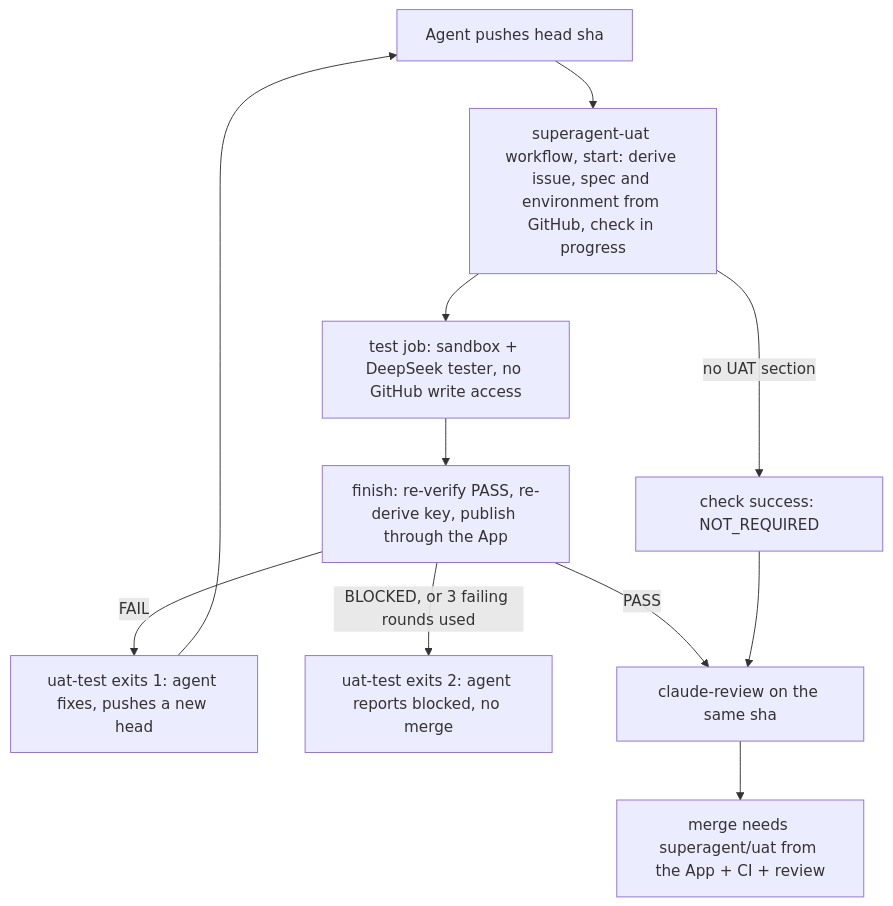
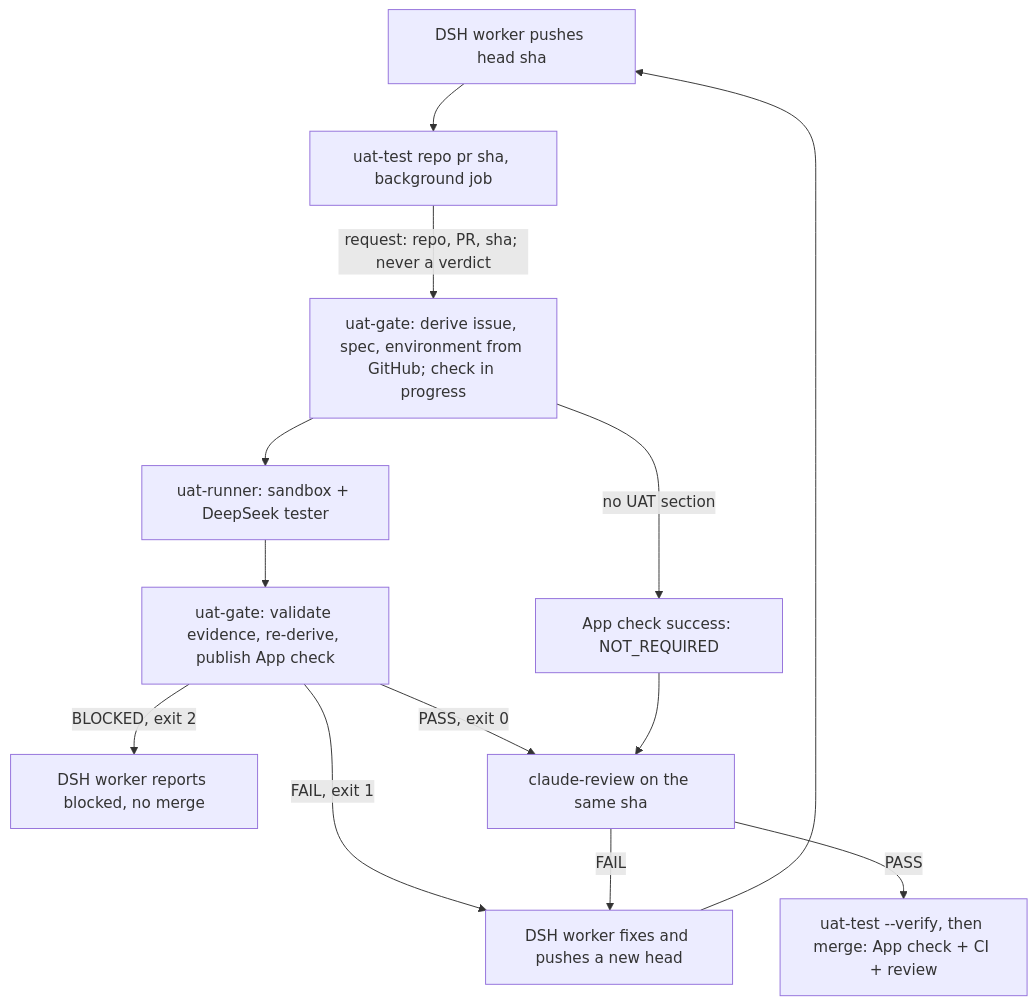
Before and after one commit to ForkbombEu/superagent: the second of 2 diagrams in README.md, drawn with Mermaid. The commit also changed other lines of this file and 1 other file, not shown here.

First line of the commit message:
docs: describe the DSH-led UAT gate, its cutover and rollback

````diff
--- a/README.md
+++ b/README.md
@@ -255,13 +260,15 @@
 ```mermaid
 flowchart TD
-  P[Agent pushes head sha] --> S[superagent-uat workflow, start: derive issue, spec and environment from GitHub, check in progress]
-  S -->|no UAT section| N[check success: NOT_REQUIRED]
-  S --> T[test job: sandbox + DeepSeek tester, no GitHub write access]
-  T --> F[finish: re-verify PASS, re-derive key, publish through the App]
-  F -->|FAIL| X[uat-test exits 1: agent fixes, pushes a new head]
+  P[DSH worker pushes head sha] --> U[uat-test repo pr sha, background job]
+  U -->|request: repo, PR, sha; never a verdict| G[uat-gate: derive issue, spec, environment from GitHub; check in progress]
+  G -->|no UAT section| N[App check success: NOT_REQUIRED]
+  G --> R[uat-runner: sandbox + DeepSeek tester]
+  R --> V[uat-gate: validate evidence, re-derive, publish App check]
+  V -->|FAIL, exit 1| X[DSH worker fixes and pushes a new head]
   X --> P
-  F -->|BLOCKED, or 3 failing rounds used| B[uat-test exits 2: agent reports blocked, no merge]
-  F -->|PASS| R[claude-review on the same sha]
-  N --> R
-  R --> M[merge needs superagent/uat from the App + CI + review]
+  V -->|BLOCKED, exit 2| B[DSH worker reports blocked, no merge]
+  V -->|PASS, exit 0| C[claude-review on the same sha]
+  N --> C
+  C -->|FAIL| X
+  C -->|PASS| M[uat-test --verify, then merge: App check + CI + review]
 ```
````
